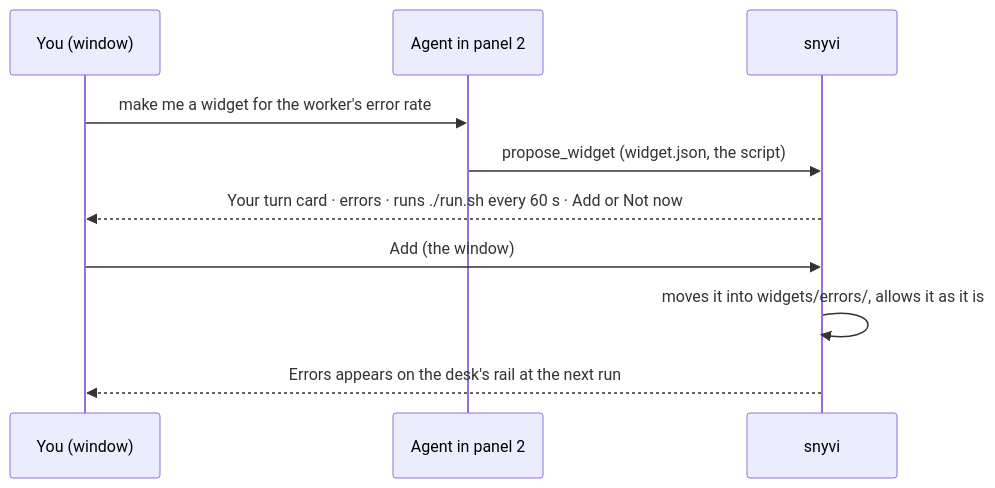
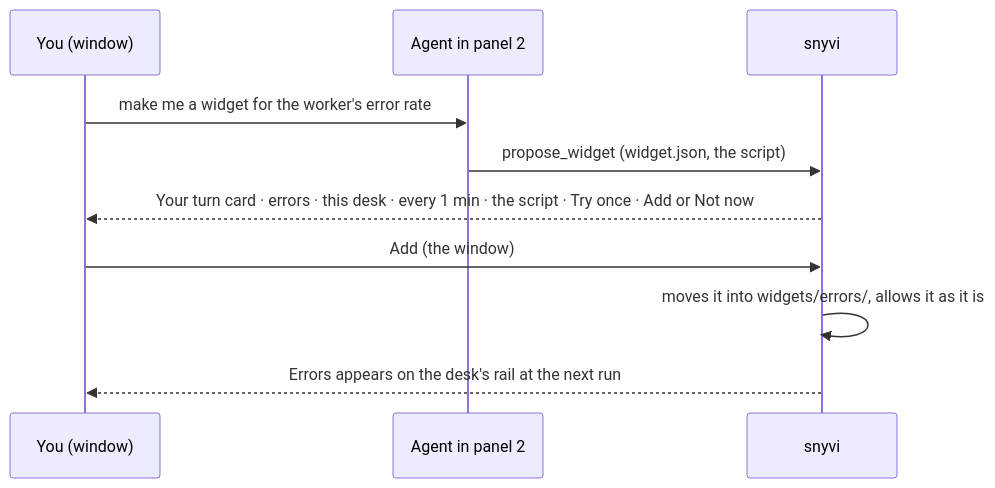
The diagram in docs/WIDGETS.md (snymrova/snyvi), drawn with Mermaid before and after one commit. The commit also changed other lines of this file and 23 other files, not shown here.

````diff
--- a/docs/WIDGETS.md
+++ b/docs/WIDGETS.md
@@ -141,12 +173,12 @@
 ```mermaid
 sequenceDiagram
   participant U as You (window)
   participant A as Agent in panel 2
   participant D as snyvi
   U->>A: make me a widget for the worker's error rate
   A->>D: propose_widget (widget.json, the script)
-  D-->>U: Your turn card · errors · runs ./run.sh every 60 s · Add or Not now
+  D-->>U: Your turn card · errors · this desk · every 1 min · the script · Try once · Add or Not now
   U->>D: Add (the window)
   D->>D: moves it into widgets/errors/, allows it as it is
   D-->>U: Errors appears on the desk's rail at the next run
 ```
````
